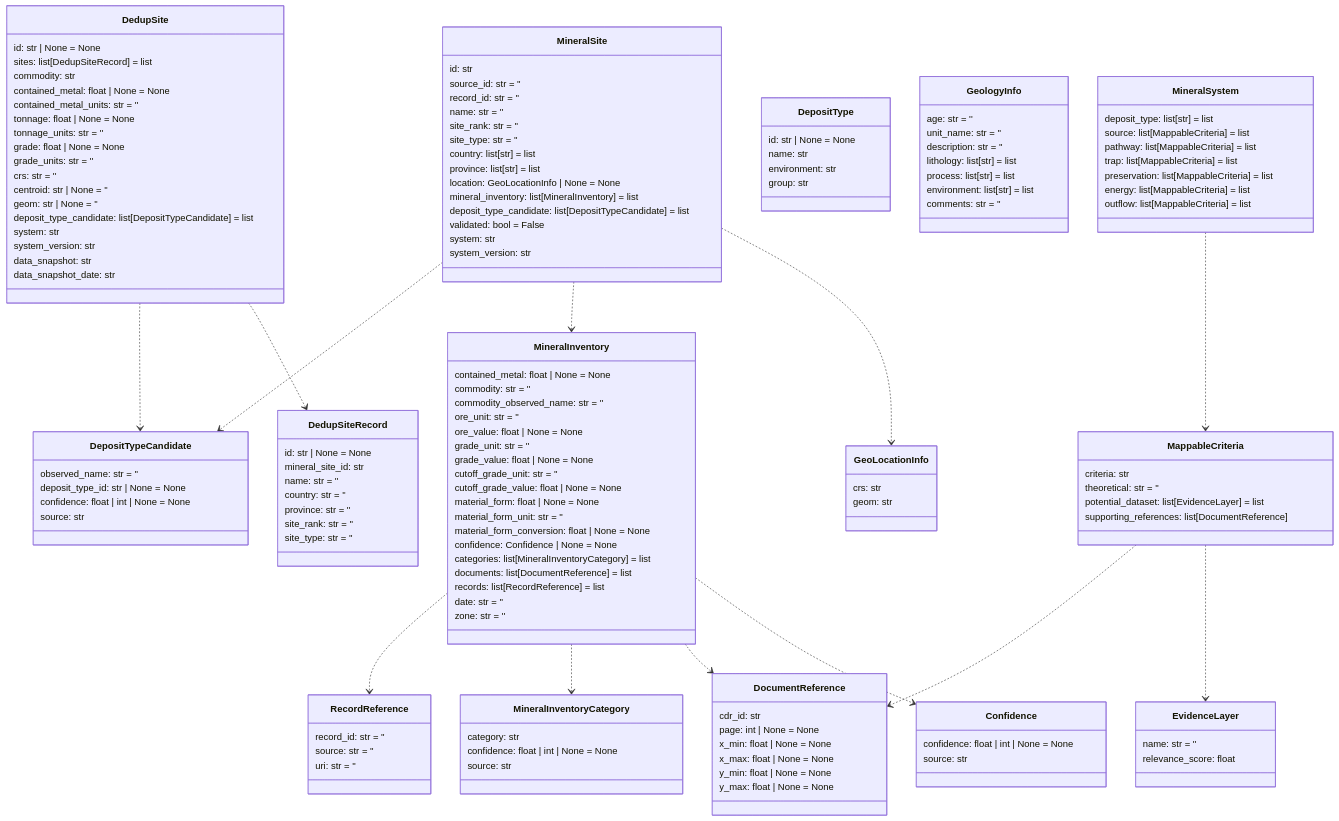
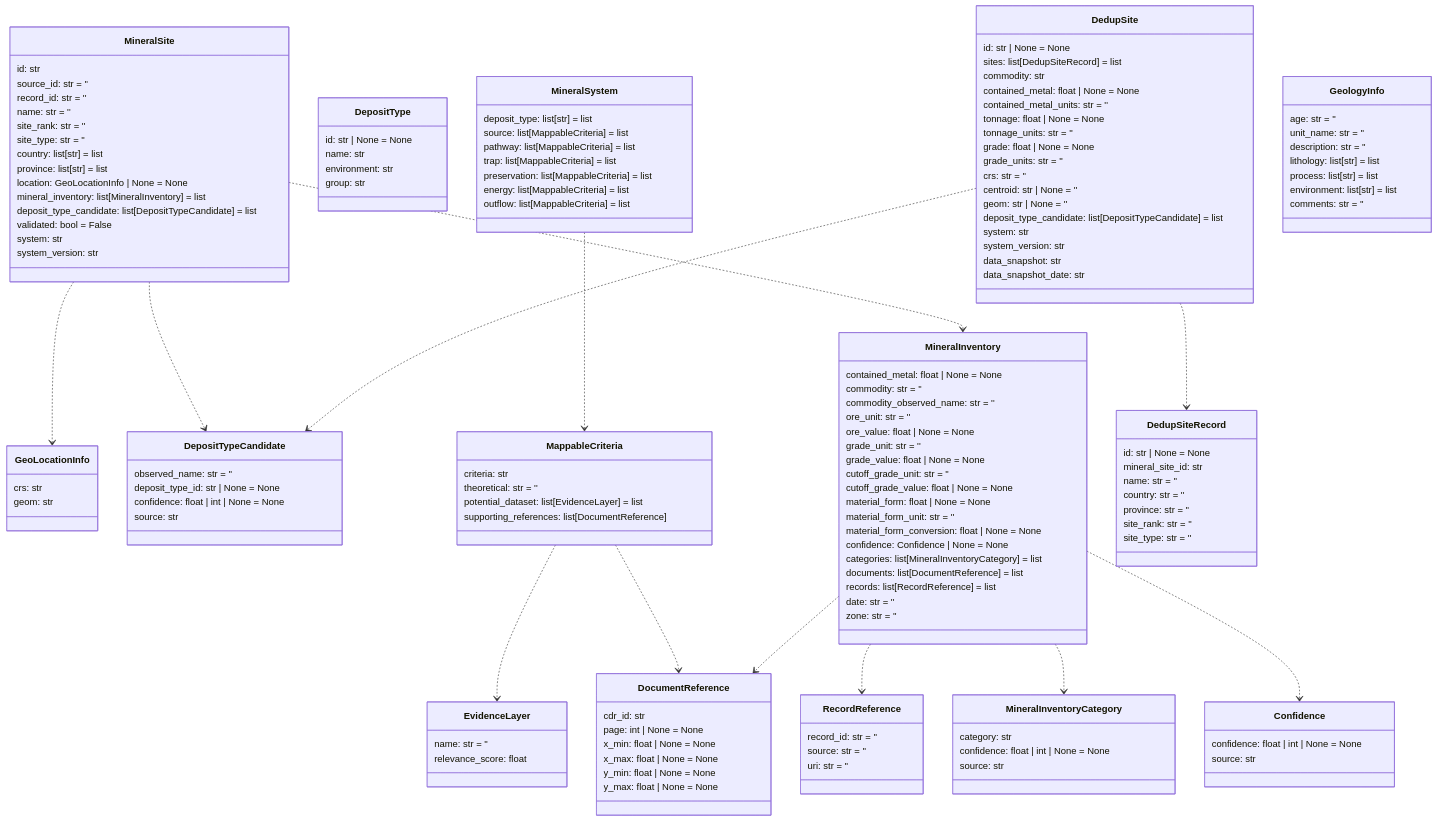
Before and after one commit to DARPA-CRITICALMAAS/cdr_schemas: the tenth of 14 diagrams in README.md, drawn with Mermaid. The commit also changed other lines of this file and 3 other files, not shown here.

First line of the commit message:
Beak-TA3 BNN and SOM Schema Additions (#79)

````diff
--- a/README.md
+++ b/README.md
@@ -766,20 +766,38 @@
 ```mermaid
 classDiagram
+
+    class EvidenceLayer {
+        name: str = ''
+        relevance_score: float
+    }
+
+    class MineralSystem {
+        deposit_type: list[str] = list
+        source: list[MappableCriteria] = list
+        pathway: list[MappableCriteria] = list
+        trap: list[MappableCriteria] = list
+        preservation: list[MappableCriteria] = list
+        energy: list[MappableCriteria] = list
+        outflow: list[MappableCriteria] = list
+    }
+
+    class DepositType {
+        id: str | None = None
+        name: str
+        environment: str
+        group: str
+    }
+
+    class GeoLocationInfo {
+        crs: str
+        geom: str
+    }
 
     class DepositTypeCandidate {
         observed_name: str = ''
         deposit_type_id: str | None = None
         confidence: float | int | None = None
         source: str
-    }
-
-    class DocumentReference {
-        cdr_id: str
-        page: int | None = None
-        x_min: float | None = None
-        x_max: float | None = None
-        y_min: float | None = None
-        y_max: float | None = None
     }
 
     class MineralSite {
@@ -820,6 +838,37 @@
         zone: str = ''
     }
 
+    class DocumentReference {
+        cdr_id: str
+        page: int | None = None
+        x_min: float | None = None
+        x_max: float | None = None
+        y_min: float | None = None
+        y_max: float | None = None
+    }
+
+    class MappableCriteria {
+        criteria: str
+        theoretical: str = ''
+        potential_dataset: list[EvidenceLayer] = list
+        supporting_references: list[DocumentReference]
+    }
+
+    class Confidence {
+        confidence: float | int | None = None
+        source: str
+    }
+
+    class DedupSiteRecord {
+        id: str | None = None
+        mineral_site_id: str
+        name: str = ''
+        country: str = ''
+        province: str = ''
+        site_rank: str = ''
+        site_type: str = ''
+    }
+
     class DedupSite {
         id: str | None = None
         sites: list[DedupSiteRecord] = list
@@ -840,30 +889,14 @@
         data_snapshot_date: str
     }
 
-    class DepositType {
-        id: str | None = None
-        name: str
-        environment: str
-        group: str
-    }
-
     class RecordReference {
         record_id: str = ''
         source: str = ''
         uri: str = ''
     }
 
-    class DedupSiteRecord {
-        id: str | None = None
-        mineral_site_id: str
-        name: str = ''
-        country: str = ''
-        province: str = ''
-        site_rank: str = ''
-        site_type: str = ''
-    }
-
-    class Confidence {
+    class MineralInventoryCategory {
+        category: str
         confidence: float | int | None = None
         source: str
     }
@@ -878,49 +911,16 @@
         comments: str = ''
     }
 
-    class MappableCriteria {
-        criteria: str
-        theoretical: str = ''
-        potential_dataset: list[EvidenceLayer] = list
-        supporting_references: list[DocumentReference]
-    }
-
-    class MineralInventoryCategory {
-        category: str
-        confidence: float | int | None = None
-        source: str
-    }
-
-    class GeoLocationInfo {
-        crs: str
-        geom: str
-    }
-
-    class MineralSystem {
-        deposit_type: list[str] = list
-        source: list[MappableCriteria] = list
-        pathway: list[MappableCriteria] = list
-        trap: list[MappableCriteria] = list
-        preservation: list[MappableCriteria] = list
-        energy: list[MappableCriteria] = list
-        outflow: list[MappableCriteria] = list
-    }
-
-    class EvidenceLayer {
-        name: str = ''
-        relevance_score: float
-    }
-
+    MappableCriteria ..> EvidenceLayer
     MappableCriteria ..> DocumentReference
-    MappableCriteria ..> EvidenceLayer
     MineralSystem ..> MappableCriteria
     MineralInventory ..> RecordReference
     MineralInventory ..> MineralInventoryCategory
+    MineralInventory ..> Confidence
     MineralInventory ..> DocumentReference
-    MineralInventory ..> Confidence
     MineralSite ..> DepositTypeCandidate
+    MineralSite ..> GeoLocationInfo
     MineralSite ..> MineralInventory
-    MineralSite ..> GeoLocationInfo
     DedupSite ..> DepositTypeCandidate
     DedupSite ..> DedupSiteRecord
 
````
